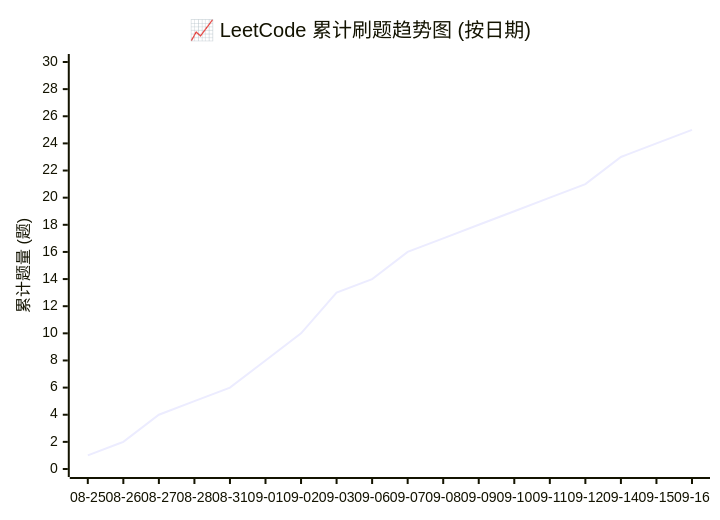
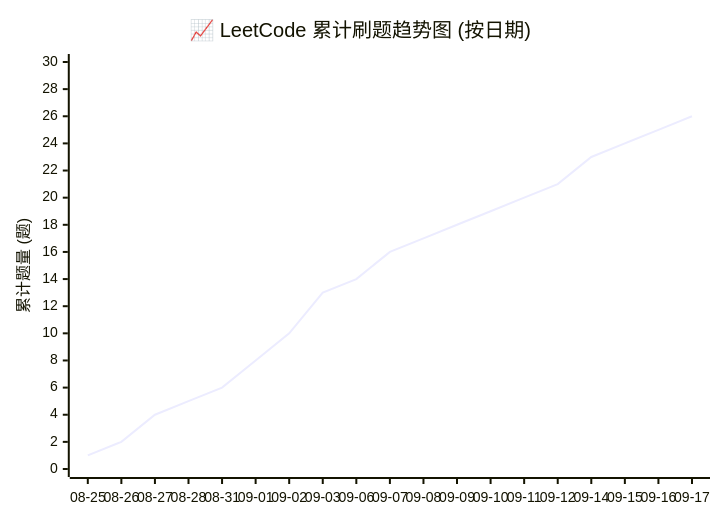
Before and after one commit to hexinbyte/LeetCode-Journey: the diagram in README.md, drawn with Mermaid. The commit also changed other lines of this file and 2 other files, not shown here.

````diff
--- a/README.md
+++ b/README.md
@@ -16,7 +16,7 @@
 ```mermaid
 xychart-beta
     title "📈 LeetCode 累计刷题趋势图 (按日期)"
-    x-axis ["08-25", "08-26", "08-27", "08-28", "08-31", "09-01", "09-02", "09-03", "09-06", "09-07", "09-08", "09-09", "09-10", "09-11", "09-12", "09-14", "09-15", "09-16"]
+    x-axis ["08-25", "08-26", "08-27", "08-28", "08-31", "09-01", "09-02", "09-03", "09-06", "09-07", "09-08", "09-09", "09-10", "09-11", "09-12", "09-14", "09-15", "09-16", "09-17"]
     y-axis "累计题量 (题)" 0 --> 30
-    line [1, 2, 4, 5, 6, 8, 10, 13, 14, 16, 17, 18, 19, 20, 21, 23, 24, 25]
+    line [1, 2, 4, 5, 6, 8, 10, 13, 14, 16, 17, 18, 19, 20, 21, 23, 24, 25, 26]
 ```
````
